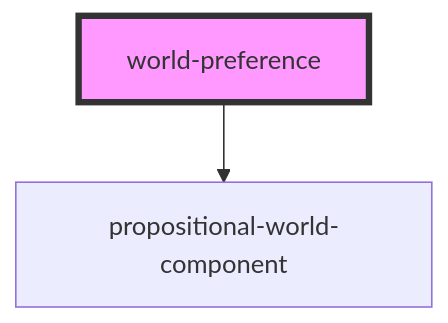
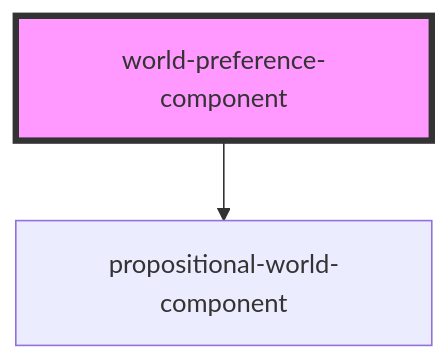
One commit to rhazn/logic-components changed the diagram in src/components/world-preference/readme.md. Above: the diagram before and after it, drawn with Mermaid. The commit also changed other lines of this file and 11 other files, not shown here.

````diff
--- a/src/components/world-preference/readme.md
+++ b/src/components/world-preference/readme.md
@@ -30,5 +30,5 @@
 ```mermaid
 graph TD;
-  world-preference --> propositional-world-component
-  style world-preference fill:#f9f,stroke:#333,stroke-width:4px
+  world-preference-component --> propositional-world-component
+  style world-preference-component fill:#f9f,stroke:#333,stroke-width:4px
 ```
````
